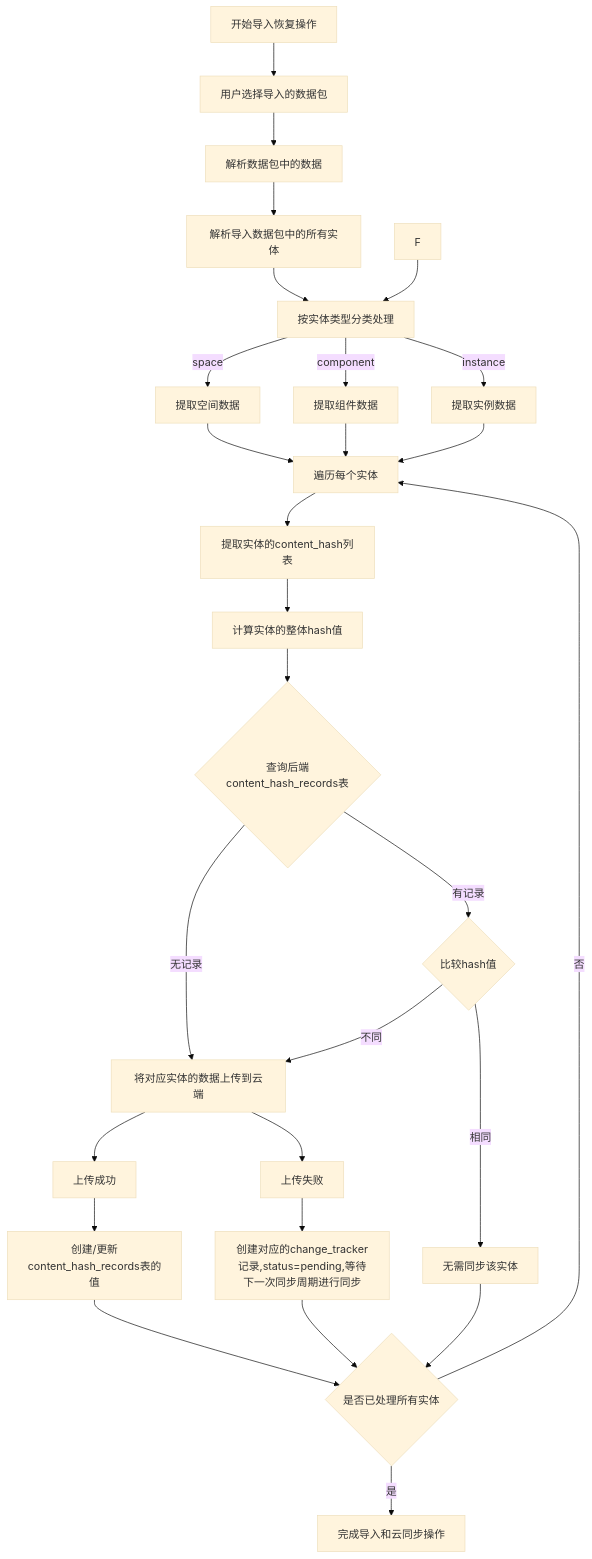
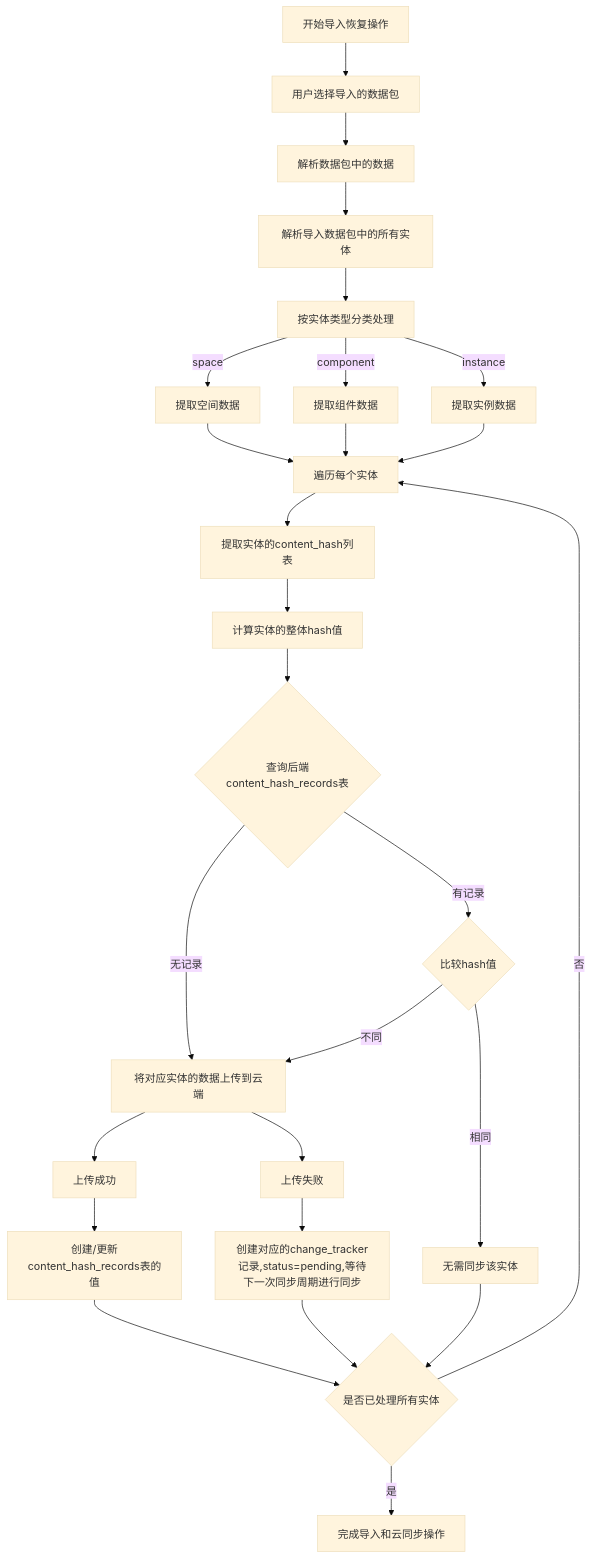
The diagram in all/未命名-45.md (yingjianzh/iodraw-files), drawn with Mermaid (base theme) before and after one commit.

Commit message:
2025-04-27 17:34:14 update

````diff
--- a/all/未命名-45.md
+++ b/all/未命名-45.md
@@ -1,44 +1,43 @@
 ```mermaid
 
 flowchart TD
     A[开始导入恢复操作] --> B[用户选择导入的数据包]
     B --> C[解析数据包中的数据]
     
     C --> D[解析导入数据包中的所有实体]
-    D  --> G[按实体类型分类处理]
-    F --> G[按实体类型分类处理]
+    D --> G[按实体类型分类处理]
     
     G -->|space| H1[提取空间数据]
     G -->|component| H2[提取组件数据]
     G -->|instance| H3[提取实例数据]
     
     H1 --> I[遍历每个实体]
     H2 --> I
     H3 --> I
     
     I --> J[提取实体的content_hash列表]
     J --> K[计算实体的整体hash值]
     
     K --> L{查询后端content_hash_records表}
     L -->|无记录| M1[将对应实体的数据上传到云端]
     M1 --> N1[上传成功]
     M1 --> N2[上传失败]
     
     N2 --> N3[创建对应的change_tracker记录,status=pending,等待下一次同步周期进行同步]
     N3 --> S
     N1 --> M4[创建/更新content_hash_records表的值]
 
 
     L -->|有记录| M2{比较hash值}
     M2 -->|不同| M1
 
     M2 -->|相同| M3[无需同步该实体]
     
     
     M3 --> S{是否已处理所有实体}
     M4 --> S{是否已处理所有实体}
     
     S -->|否| I
     S -->|是| T[完成导入和云同步操作]
 
 ```
````
